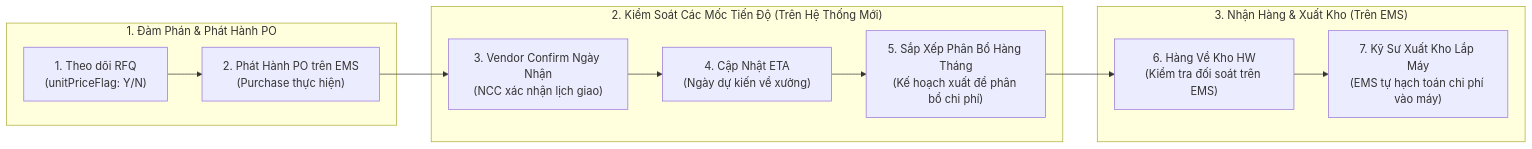
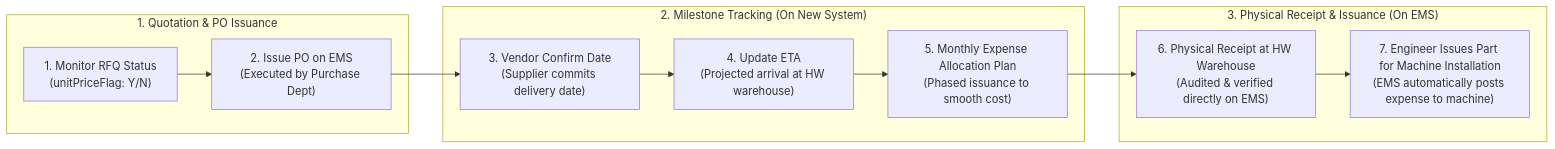
The diagram in procurement-system/03-lec-workbench-and-interlock/02-purchase-quotation-coordination.md (longphamduc-vn/ops-workflow), drawn with Mermaid before and after one commit. The commit also changed other lines of this file and 28 other files, not shown here.

````diff
--- a/procurement-system/03-lec-workbench-and-interlock/02-purchase-quotation-coordination.md
+++ b/procurement-system/03-lec-workbench-and-interlock/02-purchase-quotation-coordination.md
@@ -19,17 +19,17 @@
 ```mermaid
 flowchart LR
-    subgraph PurchaseFlow["1. Đàm Phán & Phát Hành PO"]
-        RFQ["1. Theo dõi RFQ\n(unitPriceFlag: Y/N)"] --> PO["2. Phát Hành PO trên EMS\n(Purchase thực hiện)"]
+    subgraph PurchaseFlow["1. Quotation & PO Issuance"]
+        RFQ["1. Monitor RFQ Status\n(unitPriceFlag: Y/N)"] --> PO["2. Issue PO on EMS\n(Executed by Purchase Dept)"]
     end
 
-    subgraph MilestoneTrack["2. Kiểm Soát Các Mốc Tiến Độ (Trên Hệ Thống Mới)"]
-        PO --> V_Conf["3. Vendor Confirm Ngày Nhận\n(NCC xác nhận lịch giao)"]
-        V_Conf --> ETA_Track["4. Cập Nhật ETA\n(Ngày dự kiến về xưởng)"]
-        ETA_Track --> Plan_Alloc["5. Sắp Xếp Phân Bổ Hàng Tháng\n(Kế hoạch xuất để phân bổ chi phí)"]
+    subgraph MilestoneTrack["2. Milestone Tracking (On New System)"]
+        PO --> V_Conf["3. Vendor Confirm Date\n(Supplier commits delivery date)"]
+        V_Conf --> ETA_Track["4. Update ETA\n(Projected arrival at HW warehouse)"]
+        ETA_Track --> Plan_Alloc["5. Monthly Expense Allocation Plan\n(Phased issuance to smooth cost)"]
     end
 
-    subgraph EMSReceipt["3. Nhận Hàng & Xuất Kho (Trên EMS)"]
-        Plan_Alloc --> Rec_EMS["6. Hàng Về Kho HW\n(Kiểm tra đối soát trên EMS)"]
-        Rec_EMS --> Issue_EMS["7. Kỹ Sư Xuất Kho Lắp Máy\n(EMS tự hạch toán chi phí vào máy)"]
+    subgraph EMSReceipt["3. Physical Receipt & Issuance (On EMS)"]
+        Plan_Alloc --> Rec_EMS["6. Physical Receipt at HW Warehouse\n(Audited & verified directly on EMS)"]
+        Rec_EMS --> Issue_EMS["7. Engineer Issues Part for Machine Installation\n(EMS automatically posts expense to machine)"]
     end
 ```
````
